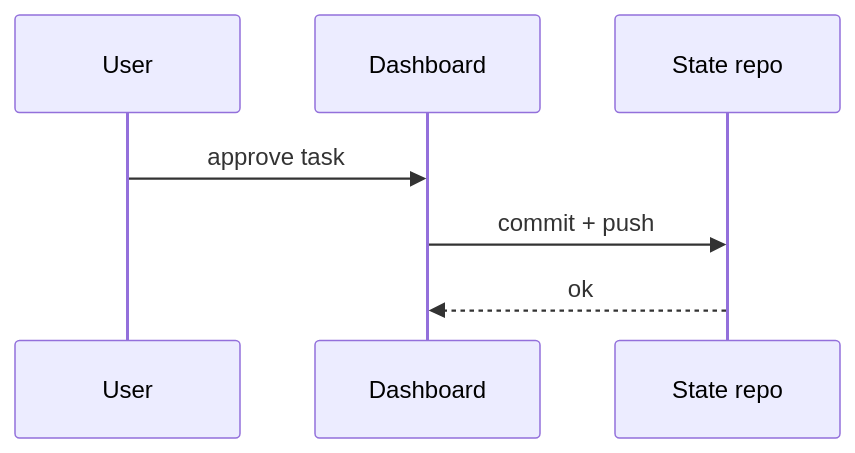
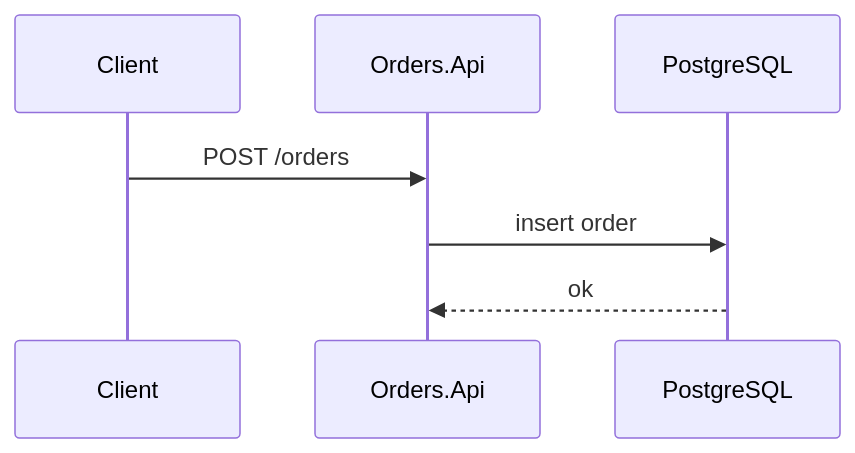
One commit to Lukdrasil/claude-factory changed the second of 10 diagrams in skills/block-research/references/diagrams.md. Above: the diagram before and after it, drawn with Mermaid. The commit also changed other lines of this file and 48 other files, not shown here.

````diff
--- a/skills/block-research/references/diagrams.md
+++ b/skills/block-research/references/diagrams.md
@@ -23,9 +23,9 @@
 ```mermaid
 sequenceDiagram
-    participant U as User
-    participant D as Dashboard
-    participant S as State repo
-    U->>D: approve task
-    D->>S: commit + push
-    S-->>D: ok
+    participant C as Client
+    participant A as Orders.Api
+    participant P as PostgreSQL
+    C->>A: POST /orders
+    A->>P: insert order
+    P-->>A: ok
 ```
````
